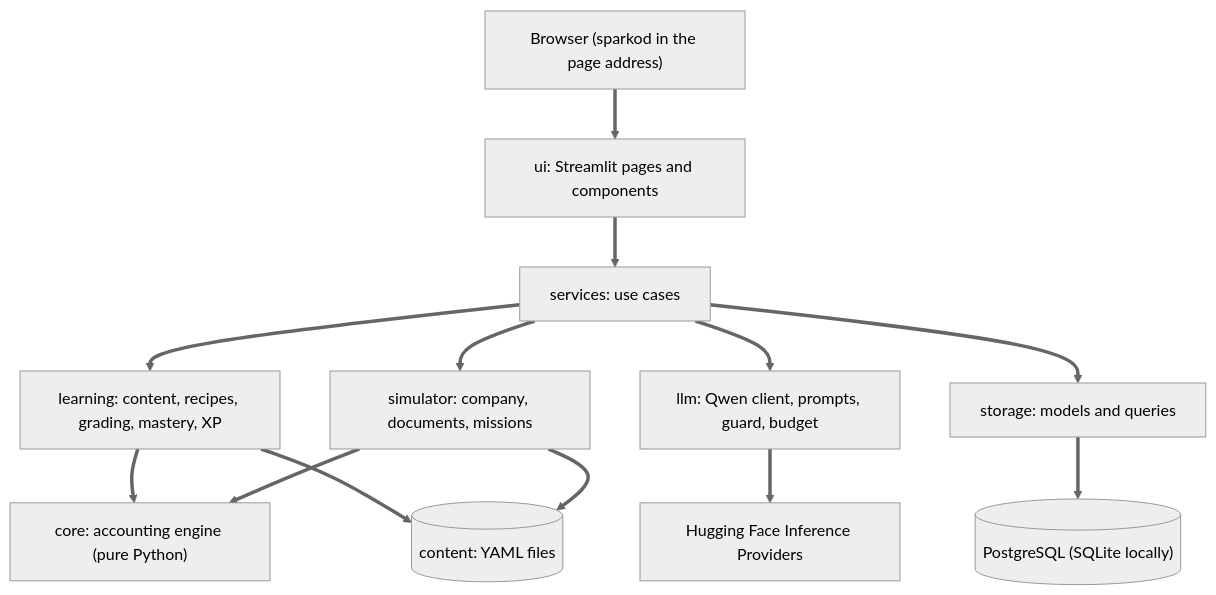
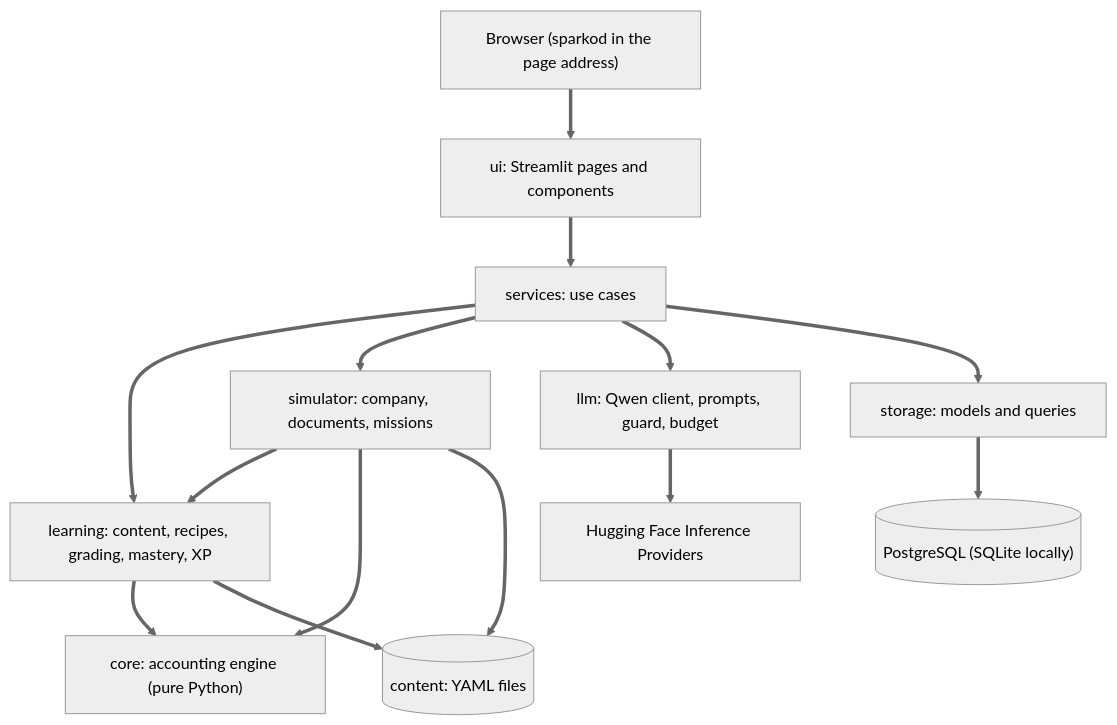
One commit to Maibra23/Redovisningsakademin changed the first of 3 diagrams in docs/ARCHITECTURE.md. Above: the diagram before and after it, drawn with Mermaid (neutral theme). The commit also changed other lines of this file and 17 other files, not shown here.

````diff
--- a/docs/ARCHITECTURE.md
+++ b/docs/ARCHITECTURE.md
@@ -13,27 +13,28 @@
 ```mermaid
 flowchart TB
     Browser["Browser (sparkod in the page address)"]
     UI["ui: Streamlit pages and components"]
     SVC["services: use cases"]
     LRN["learning: content, recipes, grading, mastery, XP"]
     SIM["simulator: company, documents, missions"]
     CORE["core: accounting engine (pure Python)"]
     LLM["llm: Qwen client, prompts, guard, budget"]
     DB["storage: models and queries"]
     PG[("PostgreSQL (SQLite locally)")]
     CONTENT[("content: YAML files")]
     HF["Hugging Face Inference Providers"]
 
     Browser ==> UI
     UI ==> SVC
     SVC ==> LRN
     SVC ==> SIM
     SVC ==> LLM
     SVC ==> DB
     LRN ==> CORE
+    SIM ==> LRN
     SIM ==> CORE
     LRN ==> CONTENT
     SIM ==> CONTENT
     DB ==> PG
     LLM ==> HF
 ```
````
